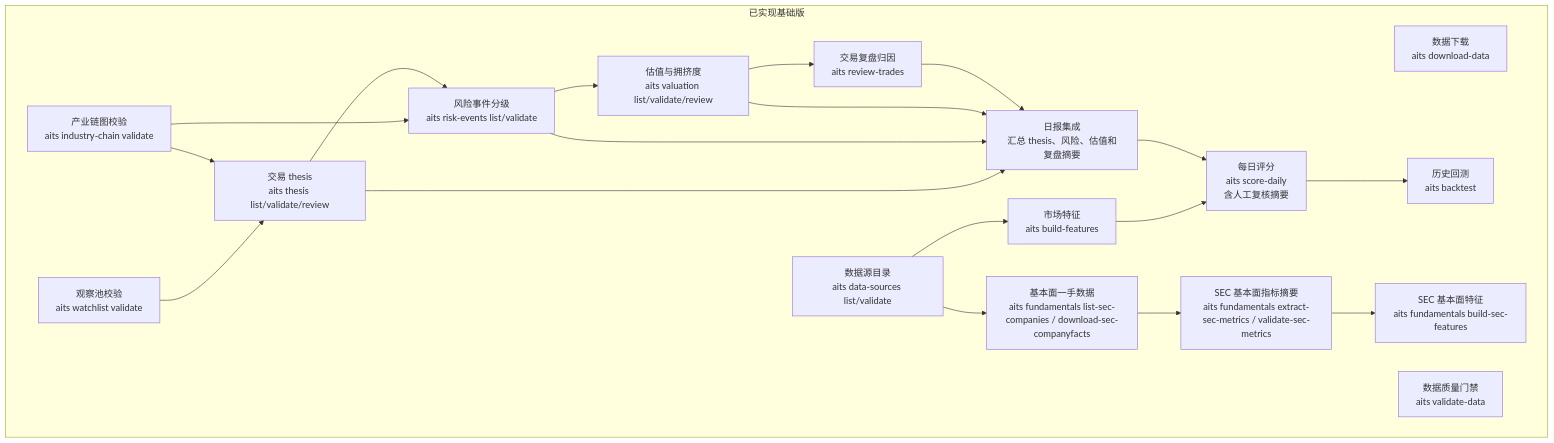
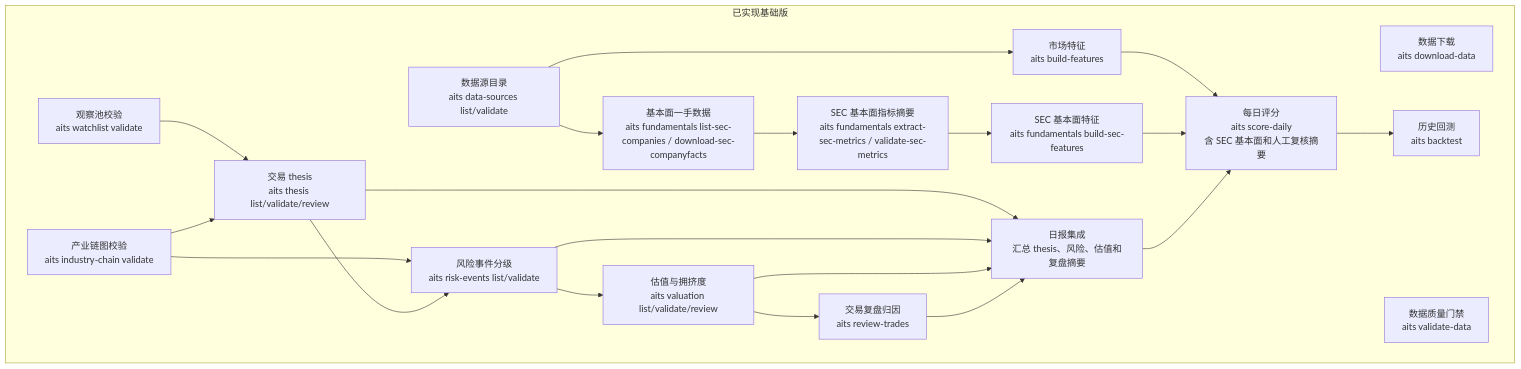
Before and after one commit to AI-Trading-Collaboration/AITradingSystem: the fifth of 5 diagrams in docs/system_flow.md, drawn with Mermaid. The commit also changed other lines of this file and 13 other files, not shown here.

Commit message:
Use SEC fundamentals in daily scoring

````diff
--- a/docs/system_flow.md
+++ b/docs/system_flow.md
@@ -309,39 +324,40 @@
 ```mermaid
 flowchart TD
     subgraph Done["已实现基础版"]
         A["数据下载<br/>aits download-data"]
         B["数据质量门禁<br/>aits validate-data"]
         C["市场特征<br/>aits build-features"]
-        D["每日评分<br/>aits score-daily<br/>含人工复核摘要"]
+        D["每日评分<br/>aits score-daily<br/>含 SEC 基本面和人工复核摘要"]
         E["历史回测<br/>aits backtest"]
         F["观察池校验<br/>aits watchlist validate"]
         G["产业链图校验<br/>aits industry-chain validate"]
         H["交易 thesis<br/>aits thesis list/validate/review"]
         I["风险事件分级<br/>aits risk-events list/validate"]
         J["估值与拥挤度<br/>aits valuation list/validate/review"]
         K["交易复盘归因<br/>aits review-trades"]
         L["日报集成<br/>汇总 thesis、风险、估值和复盘摘要"]
         M["数据源目录<br/>aits data-sources list/validate"]
         N["基本面一手数据<br/>aits fundamentals list-sec-companies / download-sec-companyfacts"]
         O["SEC 基本面指标摘要<br/>aits fundamentals extract-sec-metrics / validate-sec-metrics"]
         P["SEC 基本面特征<br/>aits fundamentals build-sec-features"]
     end
 
     C --> D
     D --> E
     F --> H
     G --> H
     G --> I
     H --> I
     I --> J
     J --> K
     M --> C
     M --> N
     N --> O
     O --> P
+    P --> D
     H --> L
     I --> L
     J --> L
     K --> L
     L --> D
 ```
````
